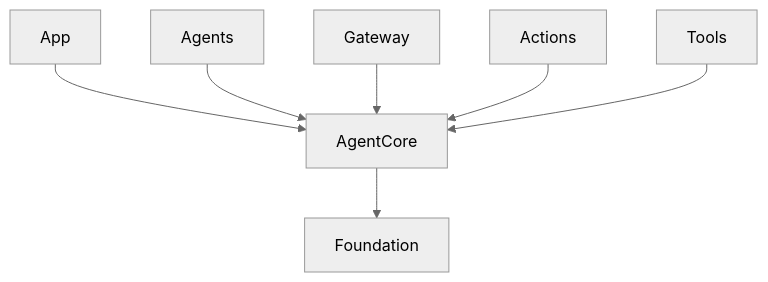
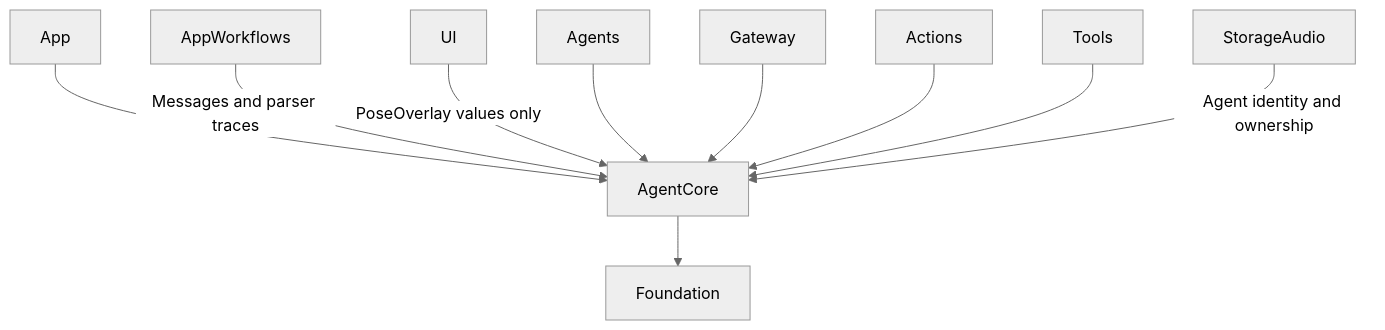
Before and after one commit to devilyouwei/MobileHarness: the first of 2 diagrams in MobileHarness/Agents/Core/README.md, drawn with Mermaid (neutral theme). The commit also changed 131 other files, not shown here.

````diff
--- a/MobileHarness/Agents/Core/README.md
+++ b/MobileHarness/Agents/Core/README.md
@@ -24,9 +24,12 @@
 ```mermaid
 flowchart TD
     App --> AgentCore
+    AppWorkflows -->|Messages and parser traces| AgentCore
+    UI -->|PoseOverlay values only| AgentCore
     Agents --> AgentCore
     Gateway --> AgentCore
     Actions --> AgentCore
     Tools --> AgentCore
+    StorageAudio -->|Agent identity and ownership| AgentCore
     AgentCore --> Foundation
 ```
````
